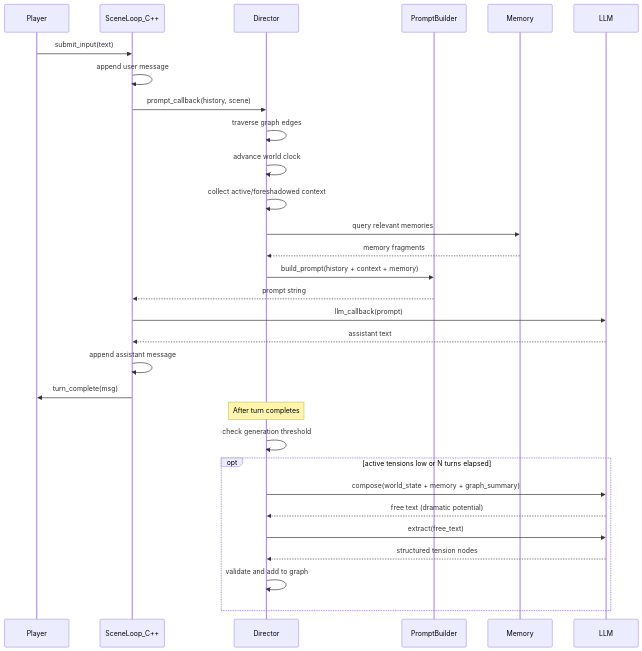
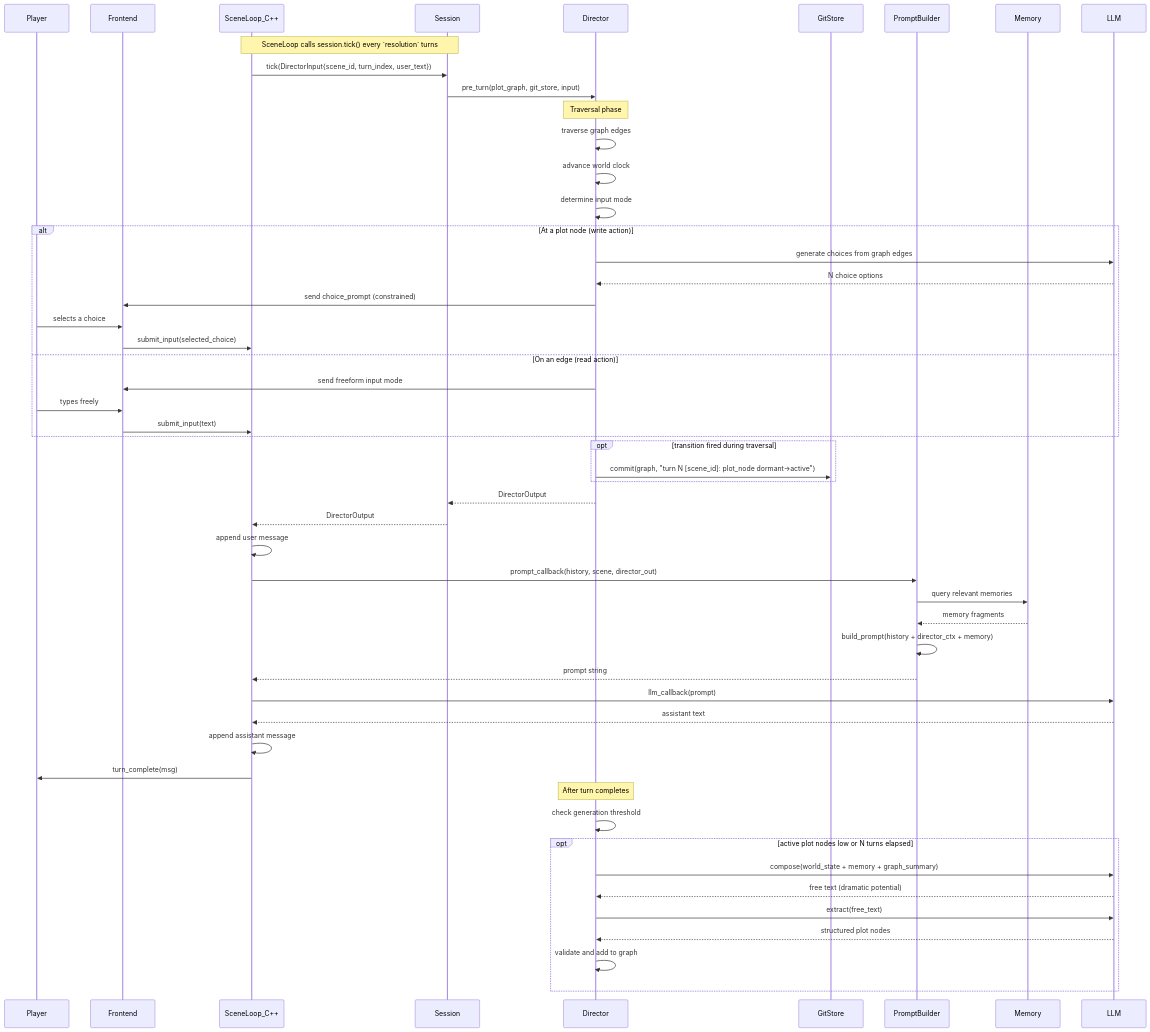
Before and after one commit to JiangWZW/Rhapsode: the second of 2 diagrams in wiki/architecture/system-overview.md, drawn with Mermaid. The commit also changed other lines of this file and 34 other files, not shown here.

First line of the commit message:
Node system, Director, ChromaDB long-term memory

````diff
--- a/wiki/architecture/system-overview.md
+++ b/wiki/architecture/system-overview.md
@@ -148,37 +220,62 @@
 ```mermaid
 sequenceDiagram
     participant P as Player
+    participant FE as Frontend
     participant SL as SceneLoop_C++
+    participant SESS as Session
     participant DIR as Director
+    participant GS as GitStore
     participant PB as PromptBuilder
     participant MEM as Memory
     participant LLM as LLM
 
-    P->>SL: submit_input(text)
-    SL->>SL: append user message
+    Note over SL,SESS: SceneLoop calls session.tick() every `resolution` turns
+    SL->>SESS: tick(DirectorInput{scene_id, turn_index, user_text})
+    SESS->>DIR: pre_turn(plot_graph, git_store, input)
 
-    SL->>DIR: prompt_callback(history, scene)
+    Note over DIR: Traversal phase
     DIR->>DIR: traverse graph edges
     DIR->>DIR: advance world clock
-    DIR->>DIR: collect active/foreshadowed context
-    DIR->>MEM: query relevant memories
-    MEM-->>DIR: memory fragments
-    DIR->>PB: build_prompt(history + context + memory)
+    DIR->>DIR: determine input mode
+
+    alt At a plot node (write action)
+        DIR->>LLM: generate choices from graph edges
+        LLM-->>DIR: N choice options
+        DIR->>FE: send choice_prompt (constrained)
+        P->>FE: selects a choice
+        FE->>SL: submit_input(selected_choice)
+    else On an edge (read action)
+        DIR->>FE: send freeform input mode
+        P->>FE: types freely
+        FE->>SL: submit_input(text)
+    end
+
+    opt transition fired during traversal
+        DIR->>GS: commit(graph, "turn N [scene_id]: plot_node dormant→active")
+    end
+    DIR-->>SESS: DirectorOutput
+    SESS-->>SL: DirectorOutput
+
+    SL->>SL: append user message
+    SL->>PB: prompt_callback(history, scene, director_out)
+    PB->>MEM: query relevant memories
+    MEM-->>PB: memory fragments
+    PB->>PB: build_prompt(history + director_ctx + memory)
     PB-->>SL: prompt string
 
     SL->>LLM: llm_callback(prompt)
     LLM-->>SL: assistant text
 
     SL->>SL: append assistant message
     SL->>P: turn_complete(msg)
 
     Note over DIR: After turn completes
     DIR->>DIR: check generation threshold
-    opt active tensions low or N turns elapsed
+    opt active plot nodes low or N turns elapsed
         DIR->>LLM: compose(world_state + memory + graph_summary)
         LLM-->>DIR: free text (dramatic potential)
         DIR->>LLM: extract(free_text)
-        LLM-->>DIR: structured tension nodes
+        LLM-->>DIR: structured plot nodes
         DIR->>DIR: validate and add to graph
     end
 ```
````
